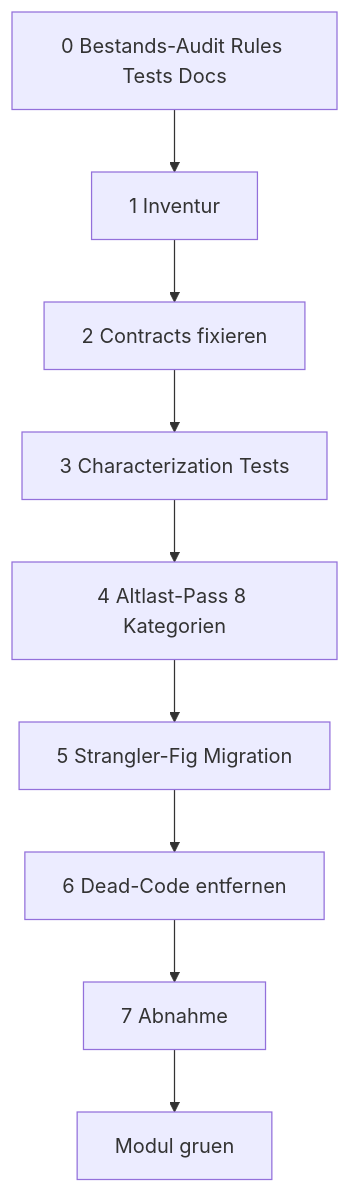
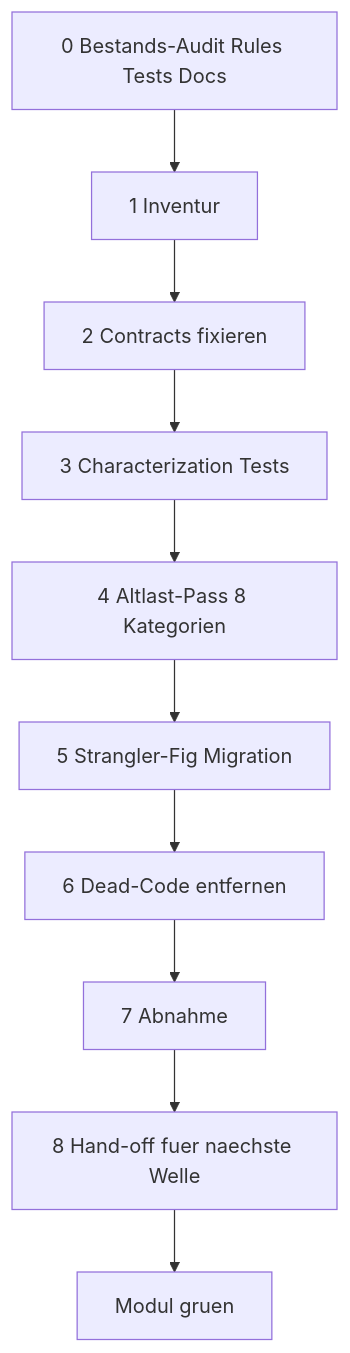
The diagram in docs/refactor/playbook.md (bCommonsLAB/CommonKnowledgeScout), drawn with Mermaid before and after one commit. The commit also changed other lines of this file and 4 other files, not shown here.

First line of the commit message:
Cost: Cloud-Agent-Kosten-Strategie + lokales Pre-Merge-Script + Hand-off-Pflicht am Welle-Ende (#47)

````diff
--- a/docs/refactor/playbook.md
+++ b/docs/refactor/playbook.md
@@ -69,11 +69,12 @@
 ```mermaid
 flowchart TD
   s0[0 Bestands-Audit Rules Tests Docs] --> s1[1 Inventur]
   s1 --> s2[2 Contracts fixieren]
   s2 --> s3[3 Characterization Tests]
   s3 --> s4[4 Altlast-Pass 8 Kategorien]
   s4 --> s5[5 Strangler-Fig Migration]
   s5 --> s6[6 Dead-Code entfernen]
   s6 --> s7[7 Abnahme]
-  s7 --> done[Modul gruen]
+  s7 --> s8[8 Hand-off fuer naechste Welle]
+  s8 --> done[Modul gruen]
 ```
````
